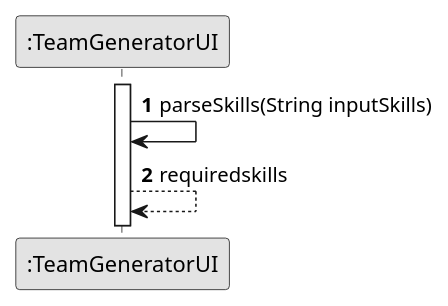
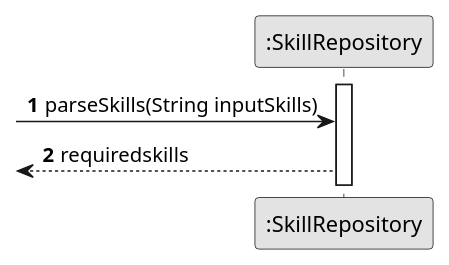
Before and after one commit to tiagosoa/lei-24-s2-1dgh-g073: the diagram in docs/sprint3/us005/03.design/puml/us005-sequence-diagram-partial-get-required-skills.puml, drawn with PlantUML. The commit also changed 21 other files, not shown here.

```diff
--- a/docs/sprint3/us005/03.design/puml/us005-sequence-diagram-partial-get-required-skills.puml
+++ b/docs/sprint3/us005/03.design/puml/us005-sequence-diagram-partial-get-required-skills.puml
@@ -1,16 +1,16 @@
 @startuml
 skinparam monochrome true
 skinparam packageStyle rectangle
 skinparam shadowing false
 
 autonumber
 
 'hide footbox
-participant ":TeamGeneratorUI" as UI
+participant ":SkillRepository" as SR
 
 
-activate UI
-UI -> UI : parseSkills(String inputSkills)
-    UI --> UI : requiredskills
+activate SR
+-> SR : parseSkills(String inputSkills)
+    <-- SR : requiredskills
 
 @enduml
```
